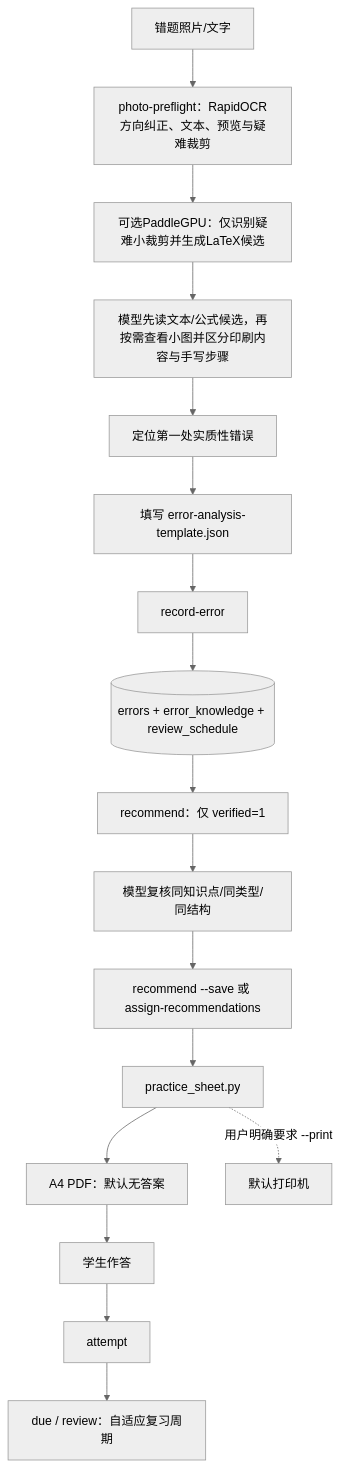
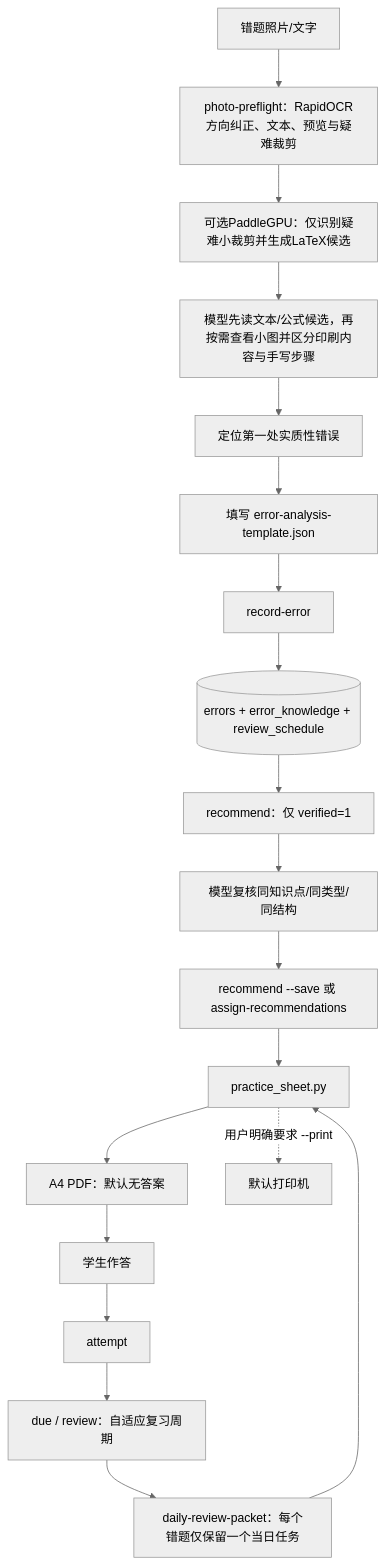
Before and after one commit to chjesu/lizhaolin-math-error-notebook: the second of 5 diagrams in PROJECT_ARCHITECTURE.md, drawn with Mermaid (neutral theme). The commit also changed other lines of this file and 9 other files, not shown here.

````diff
--- a/PROJECT_ARCHITECTURE.md
+++ b/PROJECT_ARCHITECTURE.md
@@ -54,19 +54,21 @@
 ```mermaid
 flowchart TD
     IMG["错题照片/文字"] --> OCR["photo-preflight：RapidOCR方向纠正、文本、预览与疑难裁剪"]
     OCR --> FORMULA["可选PaddleGPU：仅识别疑难小裁剪并生成LaTeX候选"]
     FORMULA --> G["模型先读文本/公式候选，再按需查看小图并区分印刷内容与手写步骤"]
     G --> W["定位第一处实质性错误"]
     W --> J["填写 error-analysis-template.json"]
     J --> RE["record-error"]
     RE --> E[("errors + error_knowledge + review_schedule")]
     E --> RC["recommend：仅 verified=1"]
     RC --> RV["模型复核同知识点/同类型/同结构"]
     RV --> SR["recommend --save 或 assign-recommendations"]
     SR --> PS["practice_sheet.py"]
     PS --> PDF["A4 PDF：默认无答案"]
     PS -. "用户明确要求 --print" .-> PRINT["默认打印机"]
     PDF --> AT["学生作答"]
     AT --> ATT["attempt"]
     ATT --> DUE["due / review：自适应复习周期"]
+    DUE --> DP["daily-review-packet：每个错题仅保留一个当日任务"]
+    DP --> PS
 ```
````
